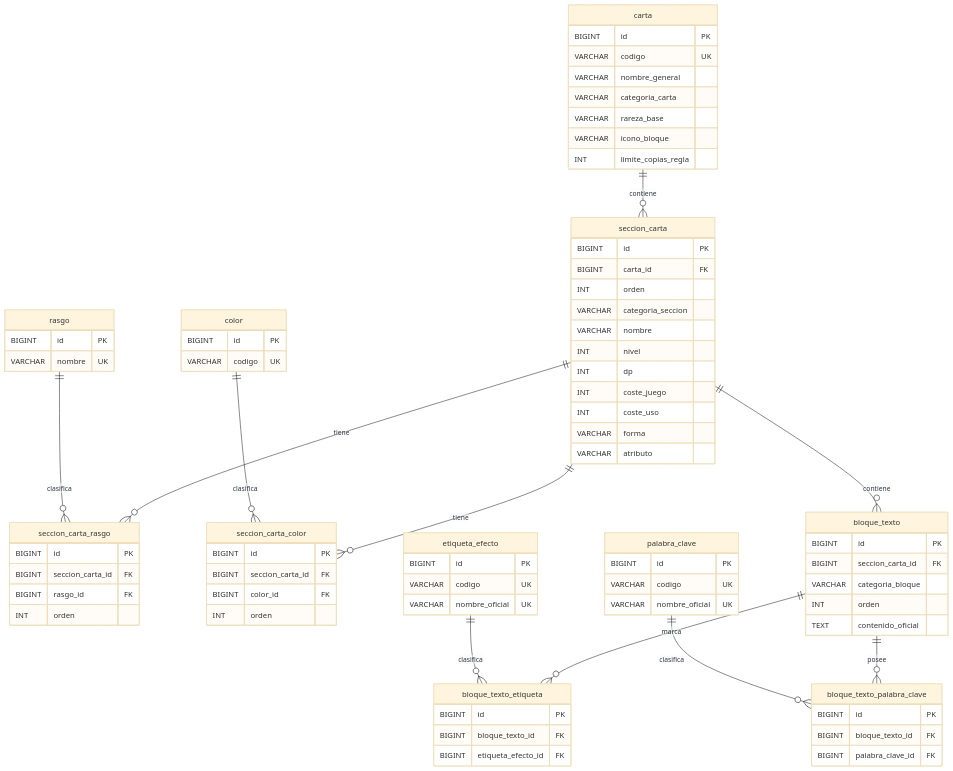
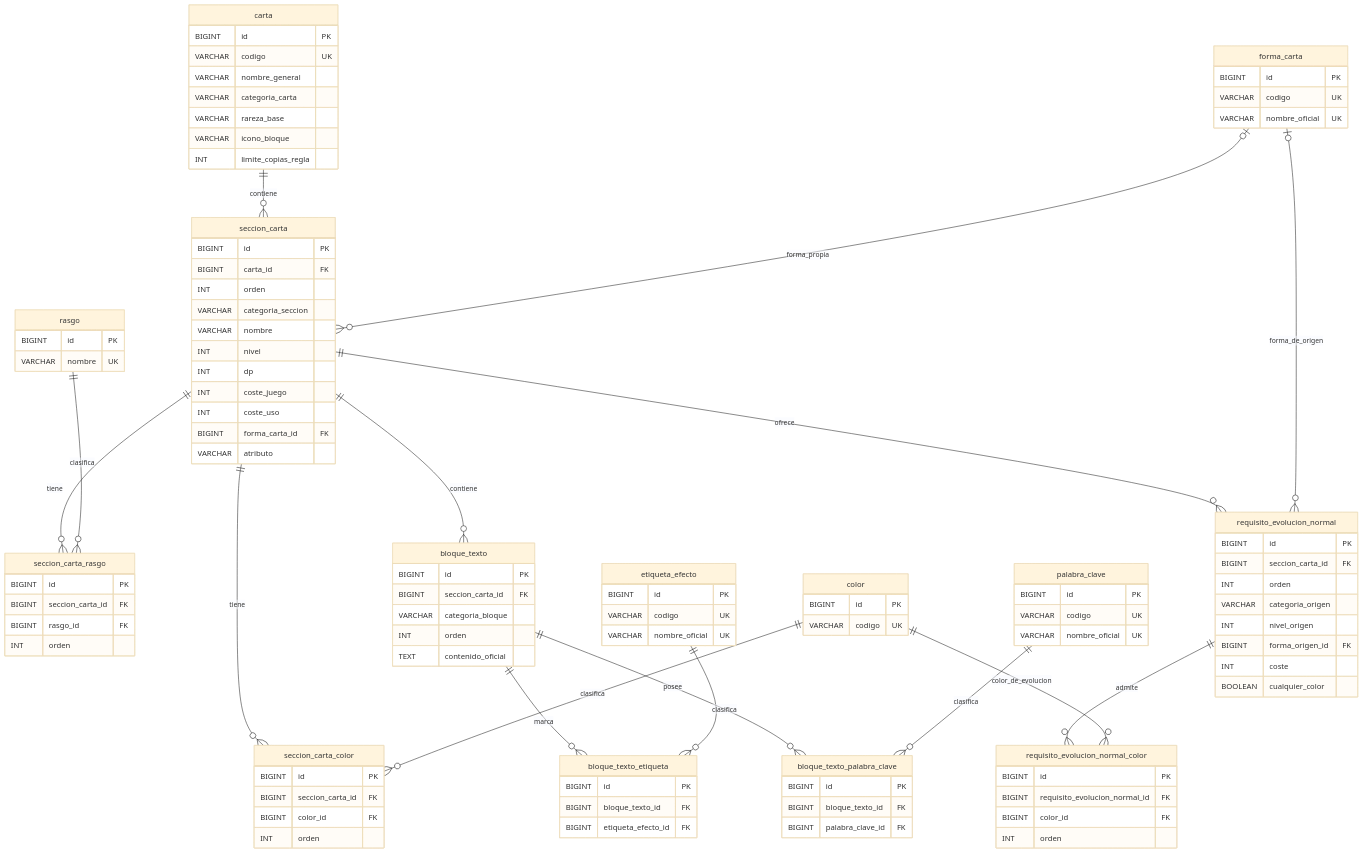
Before and after one commit to JotillaFT/PaginaTCG: the diagram in README.md, drawn with Mermaid (base theme). The commit also changed other lines of this file and 7 other files, not shown here.

````diff
--- a/README.md
+++ b/README.md
@@ -267,8 +271,14 @@
         INT dp
         INT coste_juego
         INT coste_uso
-        VARCHAR forma
+        BIGINT forma_carta_id FK
         VARCHAR atributo
+    }
+
+    forma_carta {
+        BIGINT id PK
+        VARCHAR codigo UK
+        VARCHAR nombre_oficial UK
     }
 
     rasgo {
@@ -327,7 +337,26 @@
         BIGINT palabra_clave_id FK
     }
 
+    requisito_evolucion_normal {
+        BIGINT id PK
+        BIGINT seccion_carta_id FK
+        INT orden
+        VARCHAR categoria_origen
+        INT nivel_origen
+        BIGINT forma_origen_id FK
+        INT coste
+        BOOLEAN cualquier_color
+    }
+
+    requisito_evolucion_normal_color {
+        BIGINT id PK
+        BIGINT requisito_evolucion_normal_id FK
+        BIGINT color_id FK
+        INT orden
+    }
+
     carta ||--o{ seccion_carta : contiene
+    forma_carta o|--o{ seccion_carta : forma_propia
     seccion_carta ||--o{ seccion_carta_rasgo : tiene
     rasgo ||--o{ seccion_carta_rasgo : clasifica
     seccion_carta ||--o{ seccion_carta_color : tiene
@@ -337,4 +366,8 @@
     etiqueta_efecto ||--o{ bloque_texto_etiqueta : clasifica
     bloque_texto ||--o{ bloque_texto_palabra_clave : posee
     palabra_clave ||--o{ bloque_texto_palabra_clave : clasifica
+    seccion_carta ||--o{ requisito_evolucion_normal : ofrece
+    forma_carta o|--o{ requisito_evolucion_normal : forma_de_origen
+    requisito_evolucion_normal ||--o{ requisito_evolucion_normal_color : admite
+    color ||--o{ requisito_evolucion_normal_color : color_de_evolucion
 ```
````
